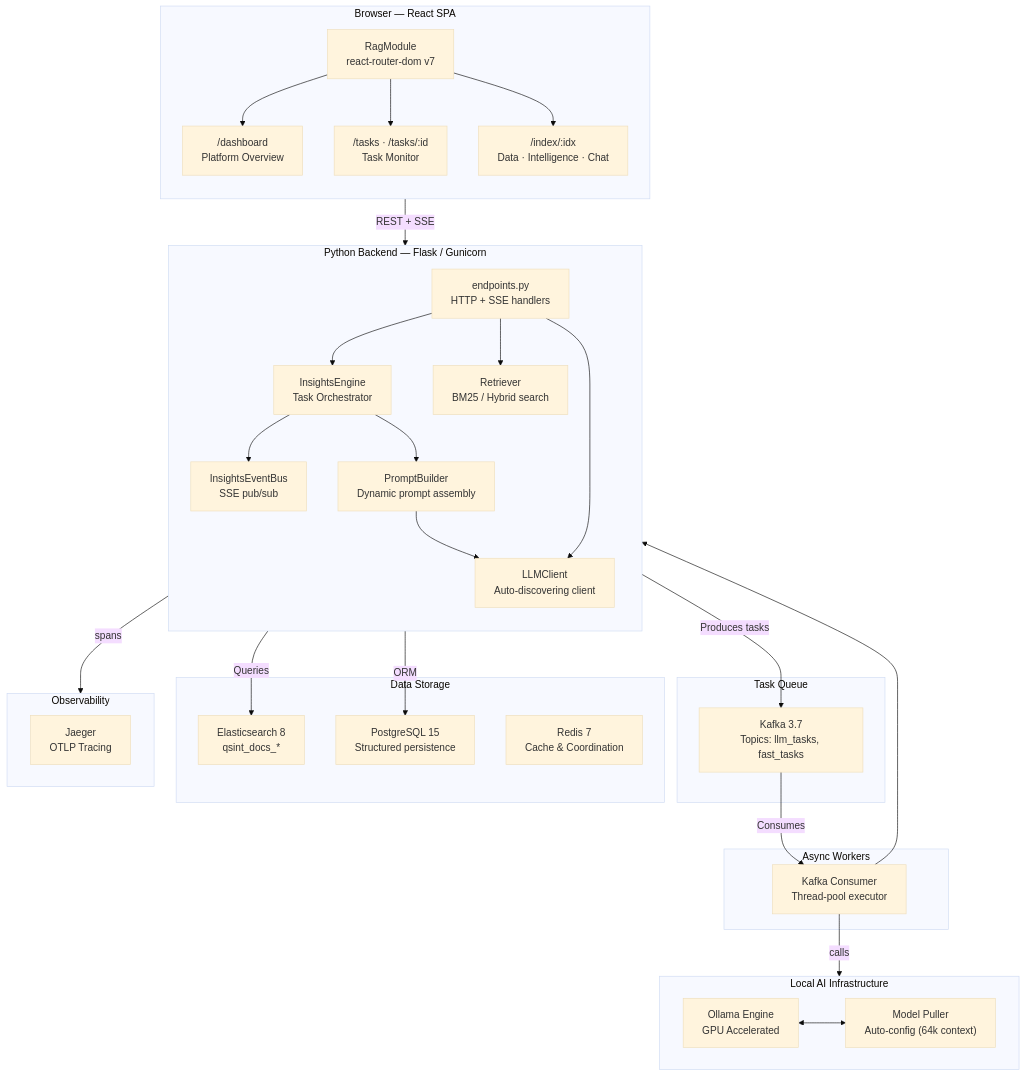
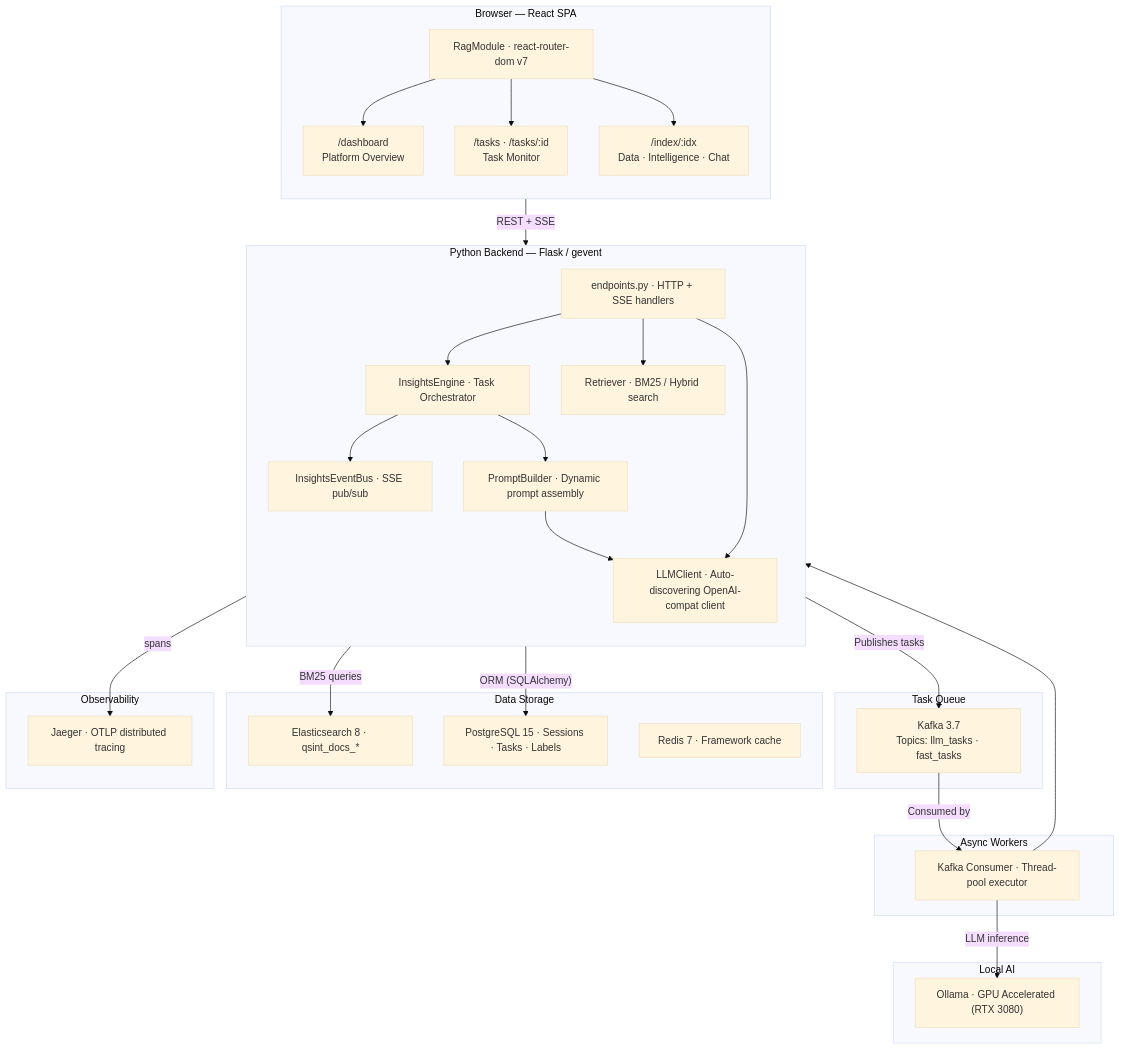
Before and after one commit to bogdancstrike/rag-poc: the first of 2 diagrams in README.md, drawn with Mermaid (base theme). The commit also changed other lines of this file, not shown here.

Commit message:
Add documentation updates: Improve README with expanded architecture diagrams, new API references, task lifecycles, and configuration details.

````diff
--- a/README.md
+++ b/README.md
@@ -12,59 +21,57 @@
 ```mermaid
 flowchart TB
     subgraph Browser["Browser — React SPA"]
         direction TB
-        Router["RagModule\nreact-router-dom v7"]
+        Router["RagModule · react-router-dom v7"]
         Router --> Dashboard["/dashboard\nPlatform Overview"]
         Router --> Tasks["/tasks · /tasks/:id\nTask Monitor"]
         Router --> Index["/index/:idx\nData · Intelligence · Chat"]
     end
 
-    subgraph Backend["Python Backend — Flask / Gunicorn"]
+    subgraph Backend["Python Backend — Flask / gevent"]
         direction TB
-        EP["endpoints.py\nHTTP + SSE handlers"]
-        IE["InsightsEngine\nTask Orchestrator"]
-        EB["InsightsEventBus\nSSE pub/sub"]
-        PB["PromptBuilder\nDynamic prompt assembly"]
-        LC["LLMClient\nAuto-discovering client"]
-        RT["Retriever\nBM25 / Hybrid search"]
+        EP["endpoints.py · HTTP + SSE handlers"]
+        IE["InsightsEngine · Task Orchestrator"]
+        EB["InsightsEventBus · SSE pub/sub"]
+        PB["PromptBuilder · Dynamic prompt assembly"]
+        LC["LLMClient · Auto-discovering OpenAI-compat client"]
+        RT["Retriever · BM25 / Hybrid search"]
         EP --> IE
         EP --> RT
         EP --> LC
         IE --> EB
         IE --> PB
         PB --> LC
     end
 
     subgraph Messaging["Task Queue"]
-        Kafka["Kafka 3.7\nTopics: llm_tasks, fast_tasks"]
+        Kafka["Kafka 3.7\nTopics: llm_tasks · fast_tasks"]
     end
 
     subgraph Workers["Async Workers"]
-        Worker["Kafka Consumer\nThread-pool executor"]
+        Worker["Kafka Consumer · Thread-pool executor"]
         Worker --> IE
     end
 
     subgraph Storage["Data Storage"]
-        ES["Elasticsearch 8\nqsint_docs_*"]
-        PG["PostgreSQL 15\nStructured persistence"]
-        Redis["Redis 7\nCache & Coordination"]
+        ES["Elasticsearch 8 · qsint_docs_*"]
+        PG["PostgreSQL 15 · Sessions · Tasks · Labels"]
+        Redis["Redis 7 · Framework cache"]
     end
 
-    subgraph LLM["Local AI Infrastructure"]
-        Ollama["Ollama Engine\nGPU Accelerated"]
-        Puller["Model Puller\nAuto-config (64k context)"]
-        Ollama <--> Puller
+    subgraph LLM["Local AI"]
+        Ollama["Ollama · GPU Accelerated (RTX 3080)"]
     end
 
     subgraph Tracing["Observability"]
-        Jaeger["Jaeger\nOTLP Tracing"]
+        Jaeger["Jaeger · OTLP distributed tracing"]
     end
 
     Browser -- "REST + SSE" --> Backend
-    Backend -- "Produces tasks" --> Kafka
-    Kafka -- "Consumes" --> Worker
-    Backend -- "Queries" --> ES
-    Backend -- "ORM" --> PG
-    Worker -- "calls" --> LLM
-    Backend -- "spans" --> Tracing
+    Backend -- "Publishes tasks" --> Kafka
+    Kafka -- "Consumed by" --> Worker
+    Backend -- "BM25 queries" --> ES
+    Backend -- "ORM (SQLAlchemy)" --> PG
+    Worker -- "LLM inference" --> Ollama
+    Backend -- "spans" --> Jaeger
 ```
````
